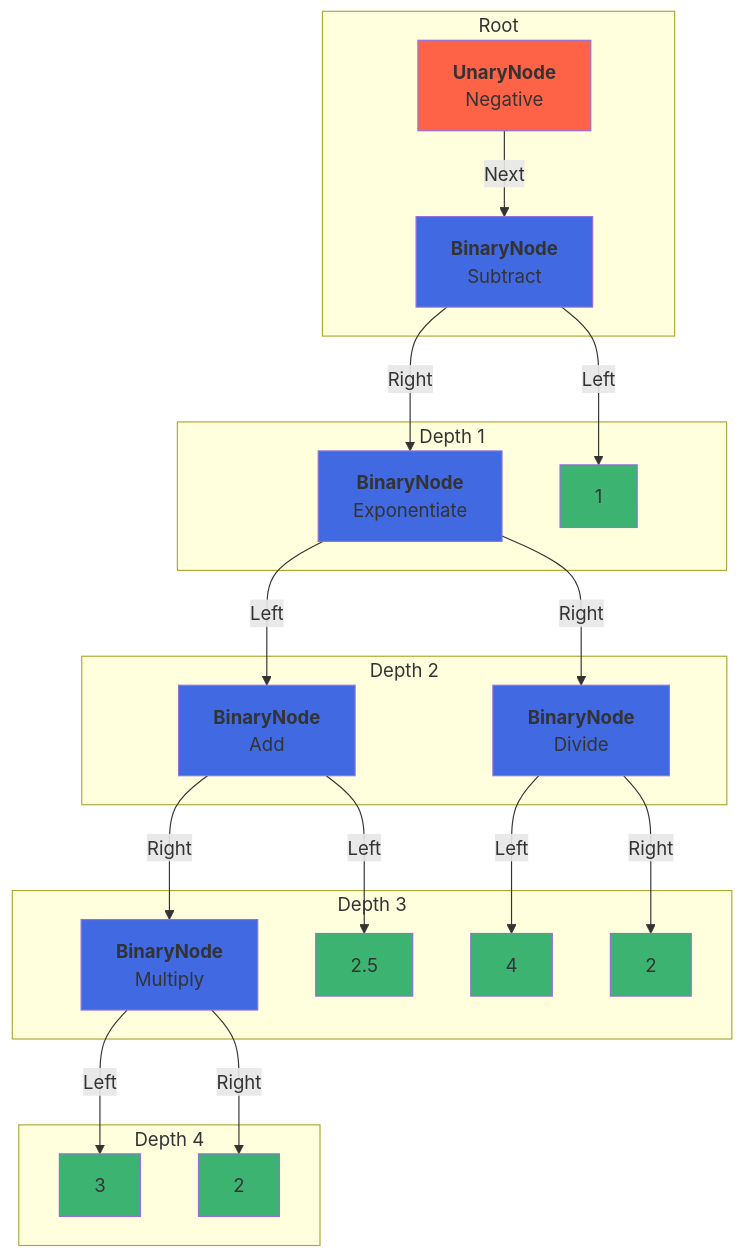
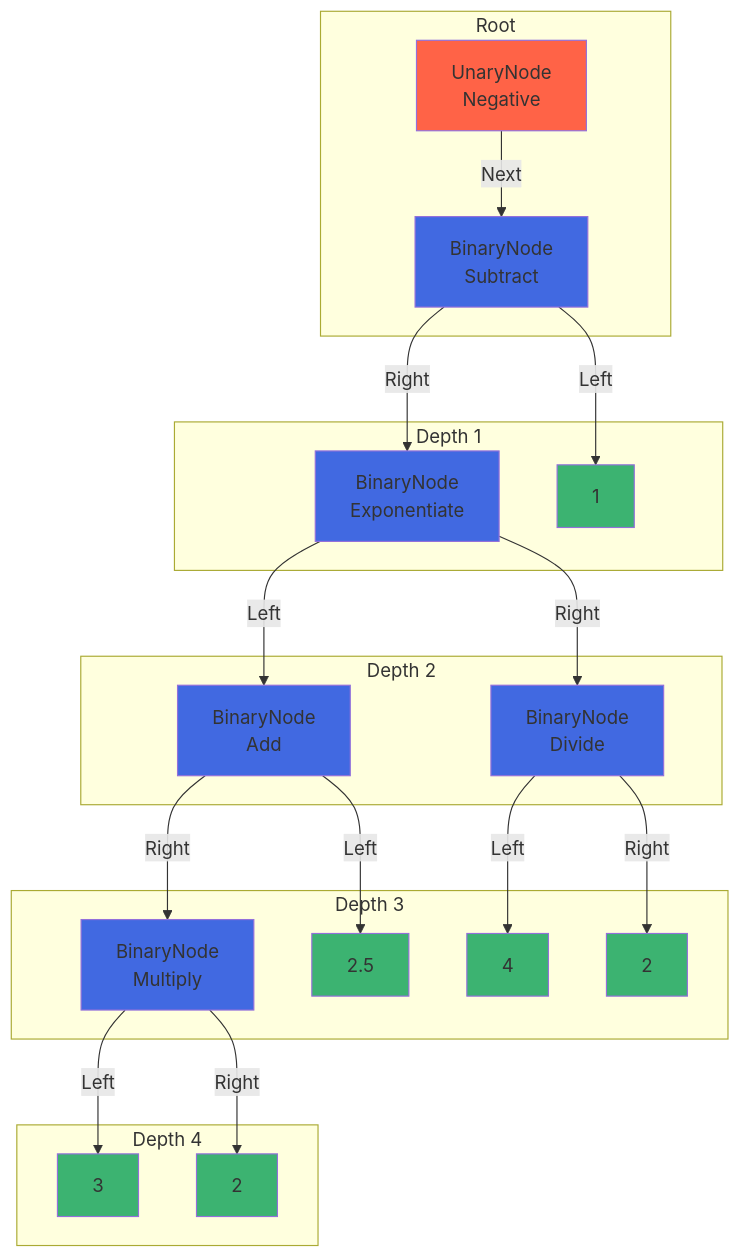
One commit to dariomrk/EvalExpression changed the diagram in README.md. Above: the diagram before and after it, drawn with Mermaid.

Commit message:
docs: fix graph

````diff
--- a/README.md
+++ b/README.md
@@ -35,52 +35,52 @@
 ```mermaid
 graph TD
   classDef unary fill:tomato
   classDef binary fill:royalblue
   classDef numericLiteral fill:mediumseagreen
 
-  negative["`**UnaryNode**
-  Negative`"]
-  subtract["`**BinaryNode**
-  Subtract`"]
-  exponentiate["`**BinaryNode**
-  Exponentiate`"]
-  add["`**BinaryNode**
-  Add`"]
-  multiply["`**BinaryNode**
-  Multiply`"]
-  divide["`**BinaryNode**
-  Divide`"]
+  negative["UnaryNode
+  Negative"]
+  subtract["BinaryNode
+  Subtract"]
+  exponentiate["BinaryNode
+  Exponentiate"]
+  add["BinaryNode
+  Add"]
+  multiply["BinaryNode
+  Multiply"]
+  divide["BinaryNode
+  Divide"]
 
   subtract_left[1]
   add_left[2.5]
   multiply_left[3]
   multiply_right[2]
   divide_left[4]
   divide_right[2]
   
   subgraph Root
     negative:::unary -- Next --> subtract:::binary
   end
 
   subgraph Depth 1
     subtract -- Left --> subtract_left:::numericLiteral
     subtract -- Right --> exponentiate:::binary
   end
 
   subgraph Depth 2
     exponentiate -- Left --> add:::binary
     exponentiate -- Right --> divide:::binary
   end
 
   subgraph Depth 3
     add -- Left --> add_left:::numericLiteral
     add -- Right --> multiply:::binary
     divide -- Left --> divide_left:::numericLiteral
     divide -- Right --> divide_right:::numericLiteral
   end
 
   subgraph Depth 4
     multiply -- Left --> multiply_left:::numericLiteral
     multiply -- Right --> multiply_right:::numericLiteral
   end
 ```
````
